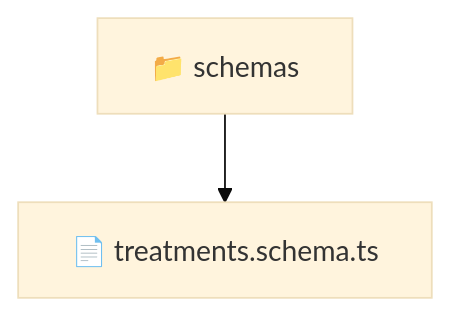
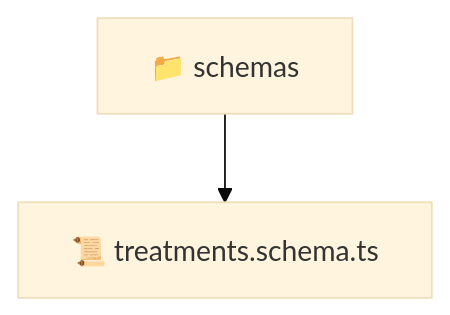
The diagram in backend/src/modules/treatments/infrastructure/schemas/README.md (beginwebdev2002/fullstack-mavluda), drawn with Mermaid (base theme) before and after one commit. The commit also changed other lines of this file and 163 other files, not shown here.

````diff
--- a/backend/src/modules/treatments/infrastructure/schemas/README.md
+++ b/backend/src/modules/treatments/infrastructure/schemas/README.md
@@ -9,5 +9,5 @@
 ```mermaid
 graph TD
-  Root["📁 schemas"]
-  Root --> treatments_schema_ts["📄 treatments.schema.ts"]
+  schemas["📁 schemas"]
+  schemas --> treatments_schema_ts["📜 treatments.schema.ts"]
 ```
````
